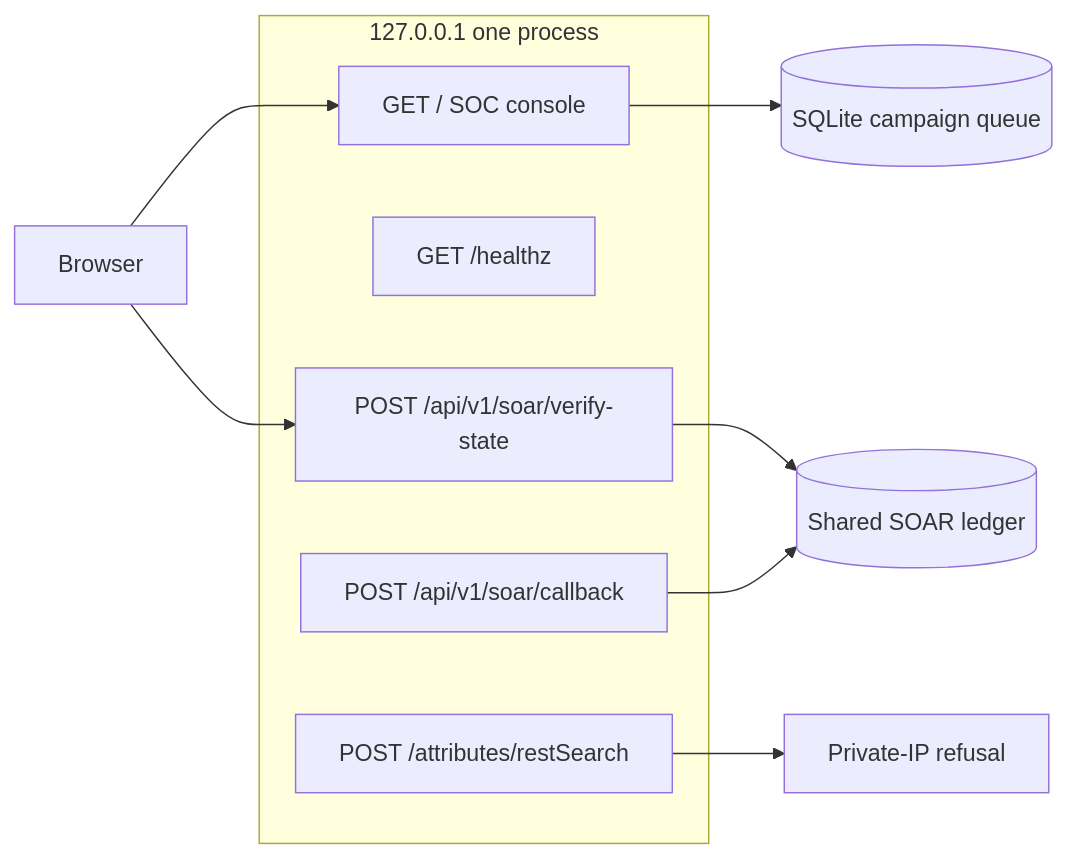
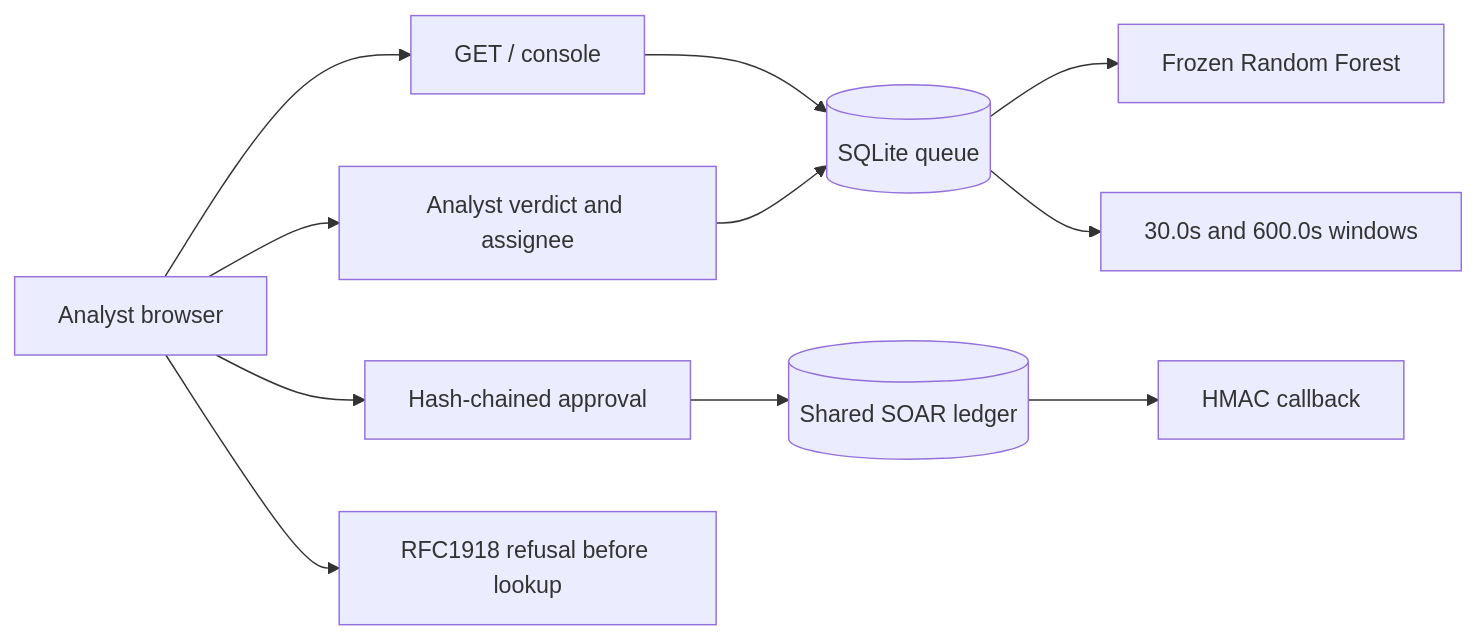
The diagram in README.md (bilaldevsec/Threatfusion), drawn with Mermaid before and after one commit. The commit also changed other lines of this file and 22 other files, not shown here.

Commit message:
feat(console): add enterprise analyst verdict, queue search, case assignment, and repo polish

````diff
--- a/README.md
+++ b/README.md
@@ -11,16 +9,13 @@
 ```mermaid
 flowchart LR
-  subgraph listener ["127.0.0.1 one process"]
-    page["GET / SOC console"]
-    health["GET /healthz"]
-    verify["POST /api/v1/soar/verify-state"]
-    callback["POST /api/v1/soar/callback"]
-    misp["POST /attributes/restSearch"]
-  end
-  browser[Browser] --> page
-  browser --> verify
-  page --> queue[(SQLite campaign queue)]
-  verify --> ledger[(Shared SOAR ledger)]
-  callback --> ledger
-  misp --> guard[Private-IP refusal]
+  browser[Analyst browser] --> page["GET / console"]
+  page --> queue[(SQLite queue)]
+  queue --> forest[Frozen Random Forest]
+  queue --> stitch["30.0s and 600.0s windows"]
+  browser --> verdict[Analyst verdict and assignee]
+  verdict --> queue
+  browser --> approve[Hash-chained approval]
+  approve --> ledger[(Shared SOAR ledger)]
+  ledger --> callback[HMAC callback]
+  browser --> guard["RFC1918 refusal before lookup"]
 ```
````
